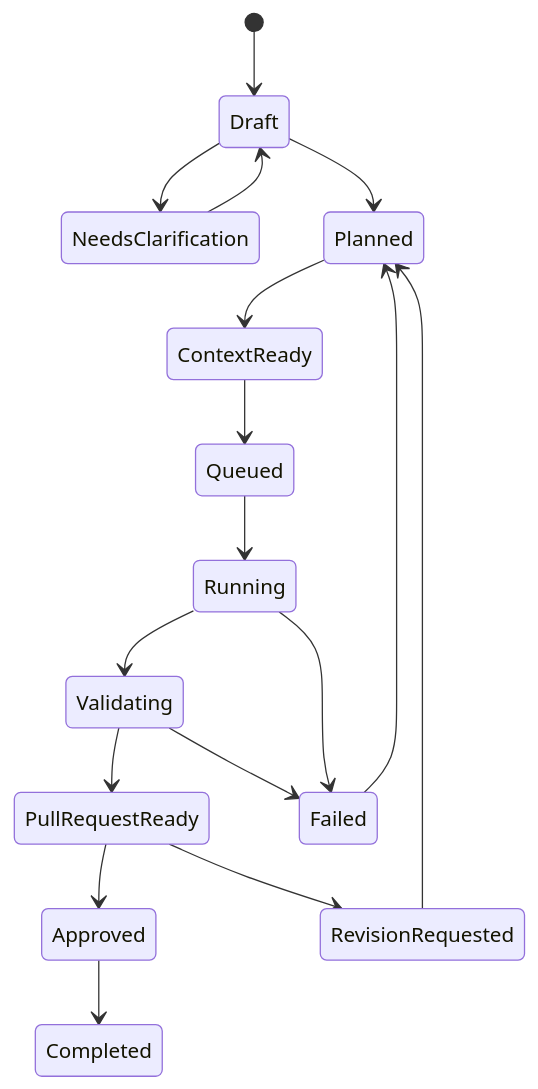
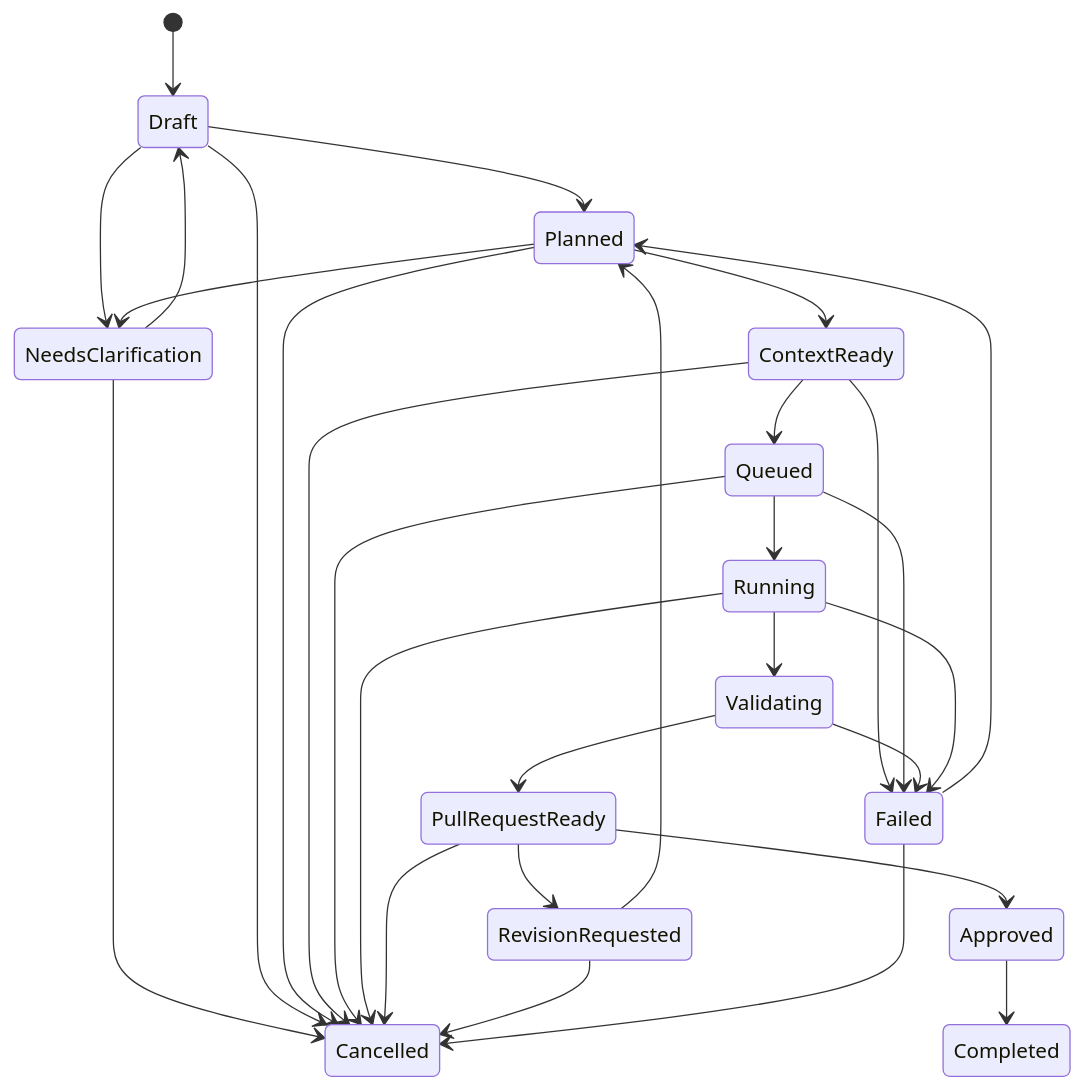
One commit to hongwon1031/atlas changed the third of 3 diagrams in docs/architecture.md. Above: the diagram before and after it, drawn with Mermaid. The commit also changed other lines of this file and 8 other files, not shown here.

````diff
--- a/docs/architecture.md
+++ b/docs/architecture.md
@@ -123,19 +144,31 @@
 ```mermaid
 stateDiagram-v2
     [*] --> Draft
     Draft --> NeedsClarification
     NeedsClarification --> Draft
+    NeedsClarification --> Cancelled
     Draft --> Planned
+    Draft --> Cancelled
     Planned --> ContextReady
+    Planned --> NeedsClarification
+    Planned --> Cancelled
     ContextReady --> Queued
+    ContextReady --> Failed
+    ContextReady --> Cancelled
     Queued --> Running
+    Queued --> Failed
+    Queued --> Cancelled
     Running --> Validating
     Validating --> PullRequestReady
     Validating --> Failed
     Running --> Failed
+    Running --> Cancelled
     PullRequestReady --> Approved
     PullRequestReady --> RevisionRequested
+    PullRequestReady --> Cancelled
     RevisionRequested --> Planned
+    RevisionRequested --> Cancelled
     Approved --> Completed
     Failed --> Planned
+    Failed --> Cancelled
 ```
````
